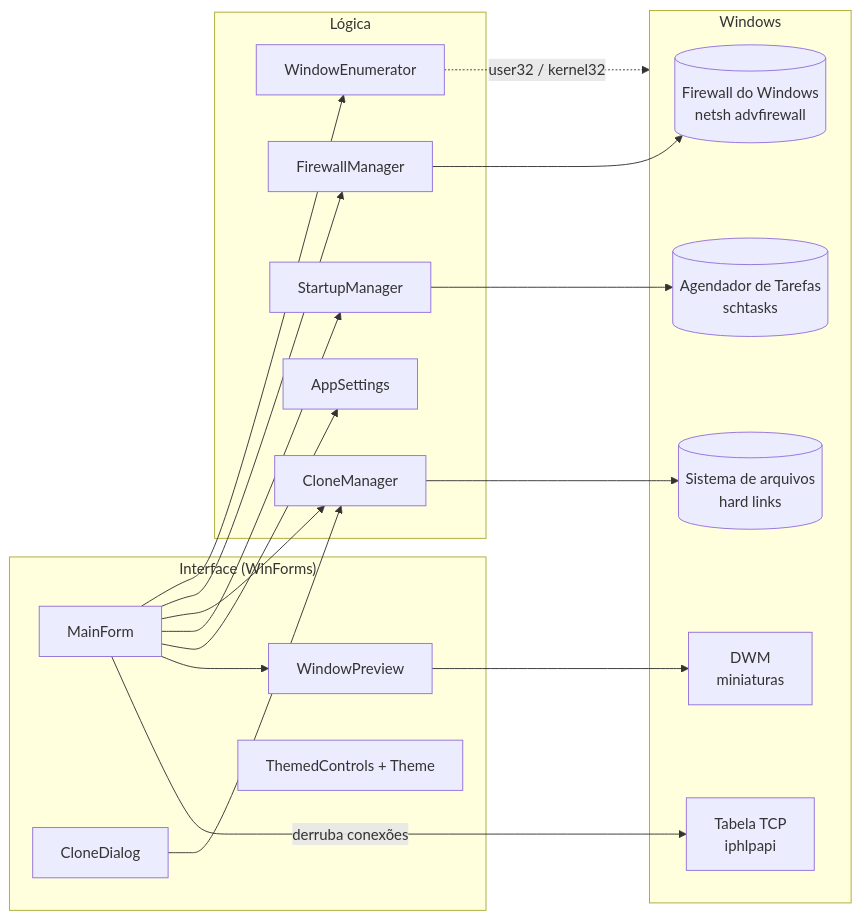
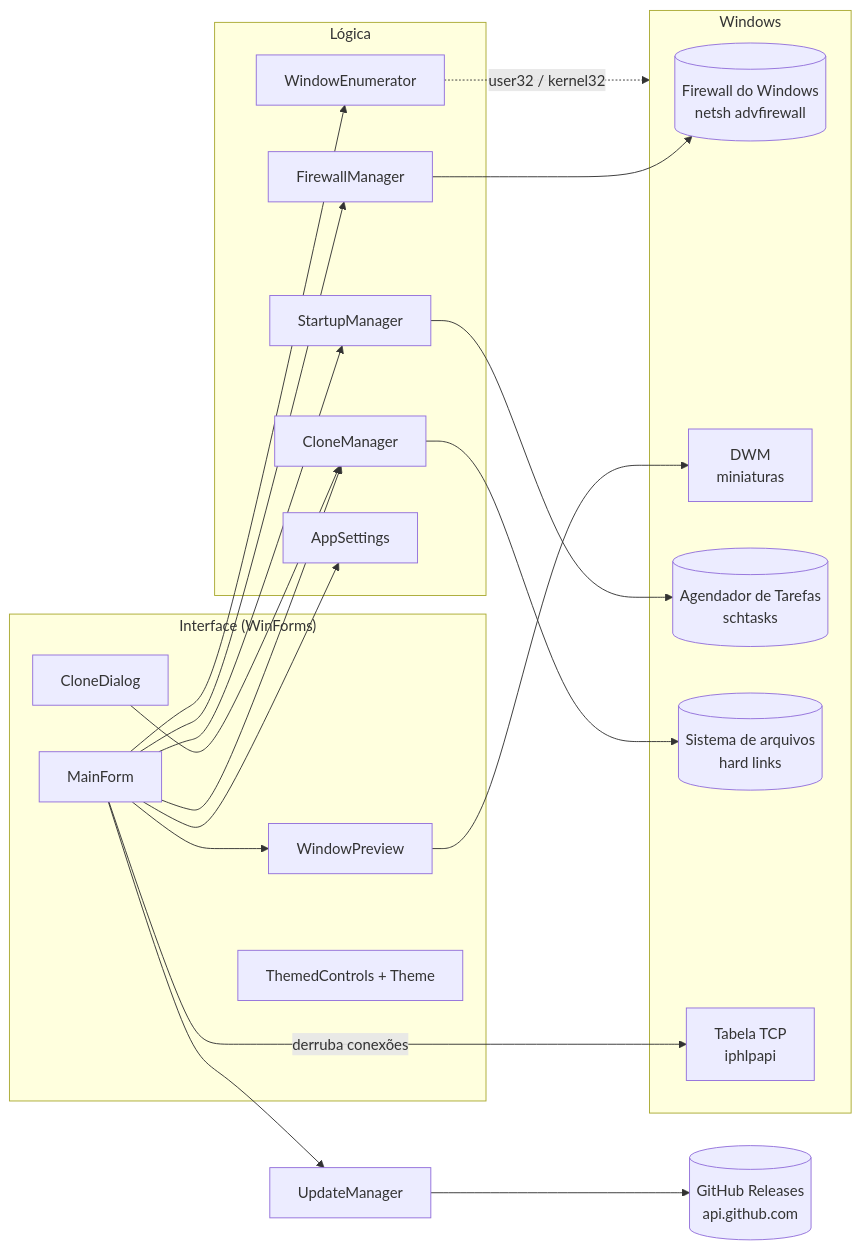
Before and after one commit to PauloHenriqueXD/HiddenApp: the first of 6 diagrams in ARQUITETURA.md, drawn with Mermaid. The commit also changed other lines of this file and 12 other files, not shown here.

First line of the commit message:
Atualização automática pelo GitHub Releases (v1.1.0)

````diff
--- a/ARQUITETURA.md
+++ b/ARQUITETURA.md
@@ -9,34 +9,35 @@
 ```mermaid
 flowchart LR
     subgraph UI["Interface (WinForms)"]
         MF[MainForm]
         CD[CloneDialog]
         WP[WindowPreview]
         TC[ThemedControls + Theme]
     end
 
     subgraph Core["Lógica"]
         WE[WindowEnumerator]
         FM[FirewallManager]
         CM[CloneManager]
         SM[StartupManager]
         AS[AppSettings]
     end
 
     subgraph Win["Windows"]
         FW[(Firewall do Windows<br/>netsh advfirewall)]
         DWM[DWM<br/>miniaturas]
         TS[(Agendador de Tarefas<br/>schtasks)]
         FS[(Sistema de arquivos<br/>hard links)]
         NET[Tabela TCP<br/>iphlpapi]
     end
 
-    MF --> WE & FM & CM & SM & AS
+    MF --> WE & FM & CM & SM & AS & UM[UpdateManager]
+    UM --> GHR[(GitHub Releases<br/>api.github.com)]
     MF --> WP --> DWM
     CD --> CM
     FM --> FW
     CM --> FS
     SM --> TS
     MF -- derruba conexões --> NET
     WE -. user32 / kernel32 .-> Win
 ```
````
